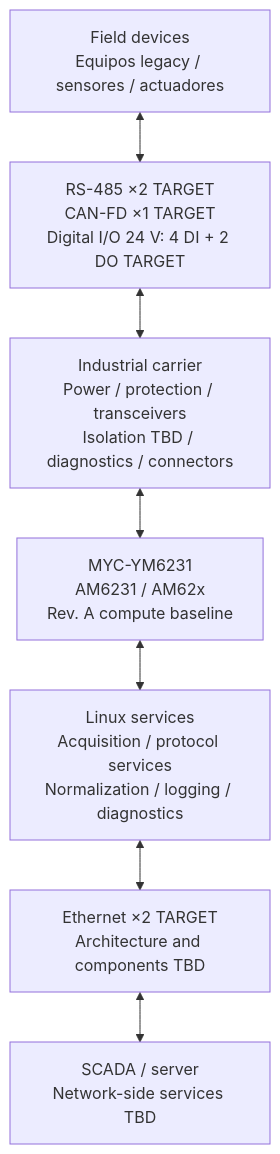
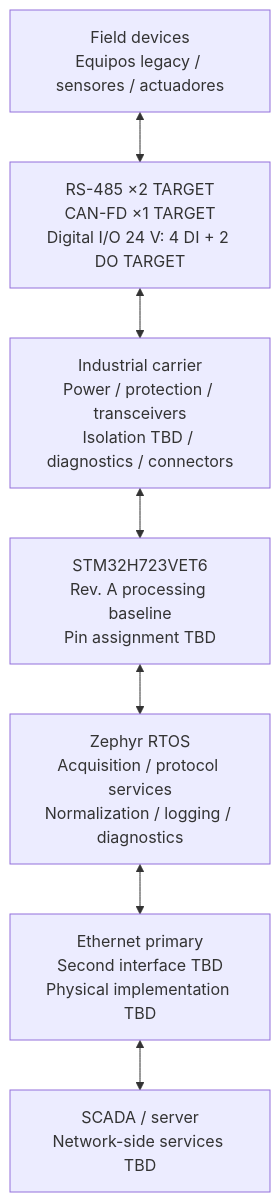
The first of 3 diagrams in docs/industrial_linux_gateway_requirements.md (anhenaobe/industrial-comunication-gateway), drawn with Mermaid before and after one commit. The commit also changed other lines of this file and 7 other files, not shown here.

Commit message:
docs: align Rev A with STM32H723 and Zephyr

````diff
--- a/docs/industrial_linux_gateway_requirements.md
+++ b/docs/industrial_linux_gateway_requirements.md
@@ -206,17 +212,17 @@
 ```mermaid
 flowchart TB
     FIELD["Field devices<br/>Equipos legacy / sensores / actuadores"]
     IFACES["RS-485 ×2 TARGET<br/>CAN-FD ×1 TARGET<br/>Digital I/O 24 V: 4 DI + 2 DO TARGET"]
     CARRIER["Industrial carrier<br/>Power / protection / transceivers<br/>Isolation TBD / diagnostics / connectors"]
-    SOM["MYC-YM6231<br/>AM6231 / AM62x<br/>Rev. A compute baseline"]
-    LINUX["Linux services<br/>Acquisition / protocol services<br/>Normalization / logging / diagnostics"]
-    ETH["Ethernet ×2 TARGET<br/>Architecture and components TBD"]
+    MCU["STM32H723VET6<br/>Rev. A processing baseline<br/>Pin assignment TBD"]
+    ZEPHYR["Zephyr RTOS<br/>Acquisition / protocol services<br/>Normalization / logging / diagnostics"]
+    ETH["Ethernet primary<br/>Second interface TBD<br/>Physical implementation TBD"]
     SERVER["SCADA / server<br/>Network-side services TBD"]
 
     FIELD <--> IFACES
     IFACES <--> CARRIER
-    CARRIER <--> SOM
-    SOM <--> LINUX
-    LINUX <--> ETH
+    CARRIER <--> MCU
+    MCU <--> ZEPHYR
+    ZEPHYR <--> ETH
     ETH <--> SERVER
 ```
````
